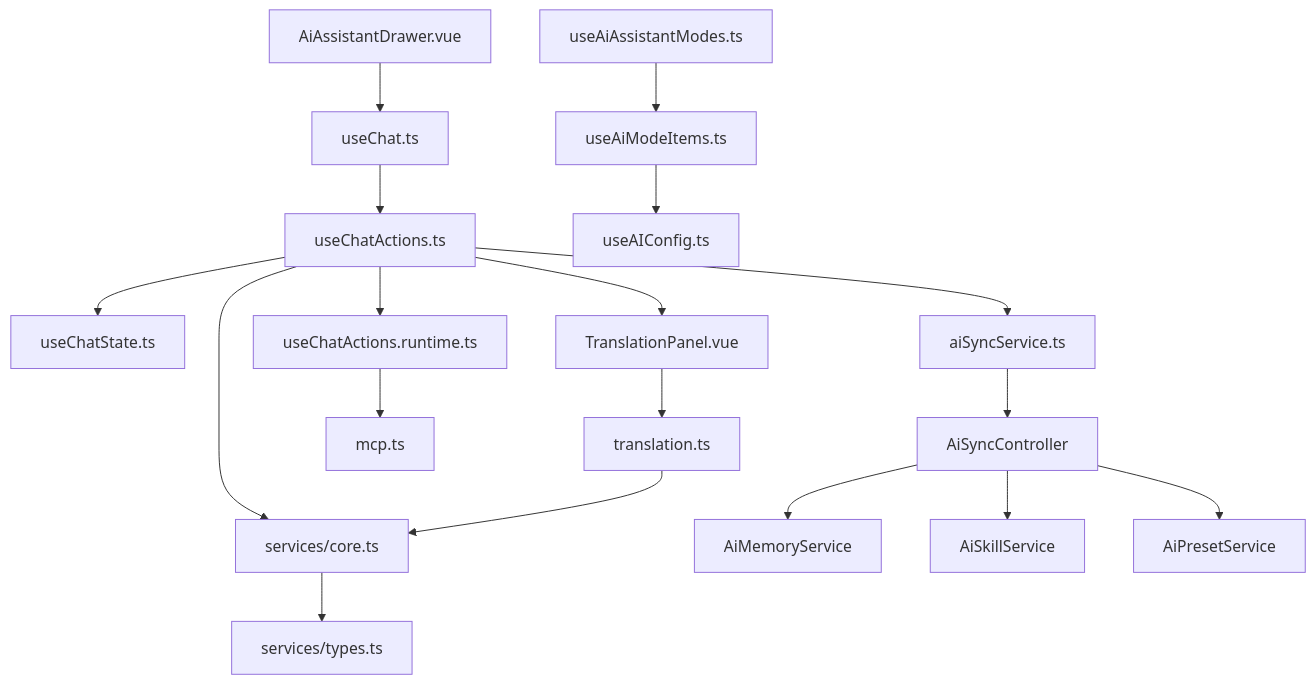
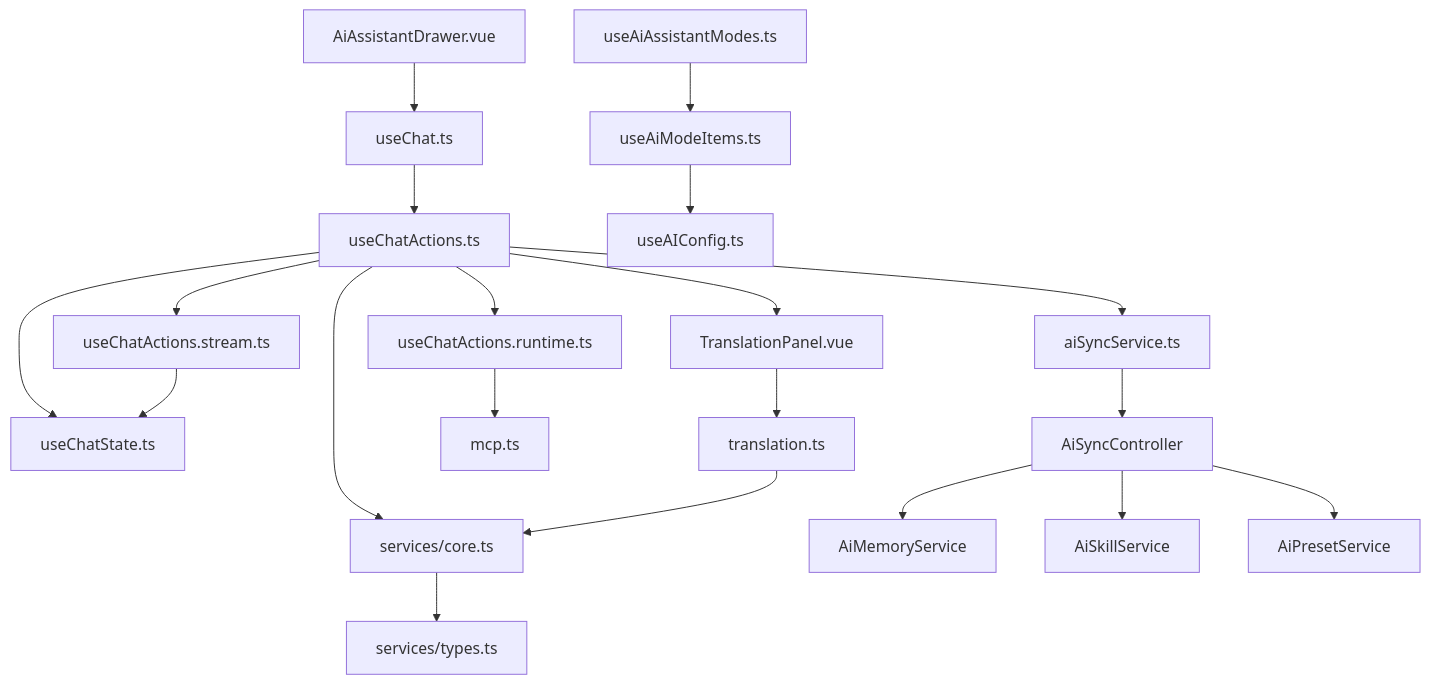
One commit to xixixiaoyu/Todo changed diagram 16 of 16 in .qoder/repowiki/zh/content/核心模块/AI助手系统/AI助手系统.md. Above: the diagram before and after it, drawn with Mermaid. The commit also changed other lines of this file and 3 other files, not shown here.

````diff
--- a/.qoder/repowiki/zh/content/核心模块/AI助手系统/AI助手系统.md
+++ b/.qoder/repowiki/zh/content/核心模块/AI助手系统/AI助手系统.md
@@ -955,20 +1054,22 @@
 ```mermaid
 graph TB
 Drawer["AiAssistantDrawer.vue"] --> Chat["useChat.ts"]
 Chat --> Actions["useChatActions.ts"]
+Actions --> Stream["useChatActions.stream.ts"]
 Actions --> State["useChatState.ts"]
 Actions --> Runtime["useChatActions.runtime.ts"]
 Actions --> Sync["aiSyncService.ts"]
 Actions --> Translation["TranslationPanel.vue"]
 Translation --> TranslationSvc["translation.ts"]
 Runtime --> MCP["mcp.ts"]
 Actions --> Core["services/core.ts"]
 Core --> Types["services/types.ts"]
 TranslationSvc --> Core
+Stream --> State
 Sync --> SyncCtrl["AiSyncController"]
 SyncCtrl --> SyncMem["AiMemoryService"]
 SyncCtrl --> SyncSkill["AiSkillService"]
 SyncCtrl --> SyncPreset["AiPresetService"]
 ModeItems["useAiModeItems.ts"] --> Config["useAIConfig.ts"]
 Modes["useAiAssistantModes.ts"] --> ModeItems
 ```
````
